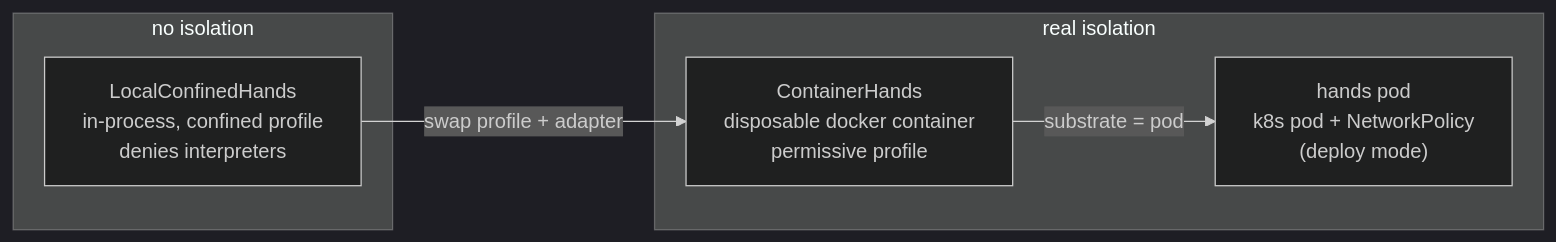
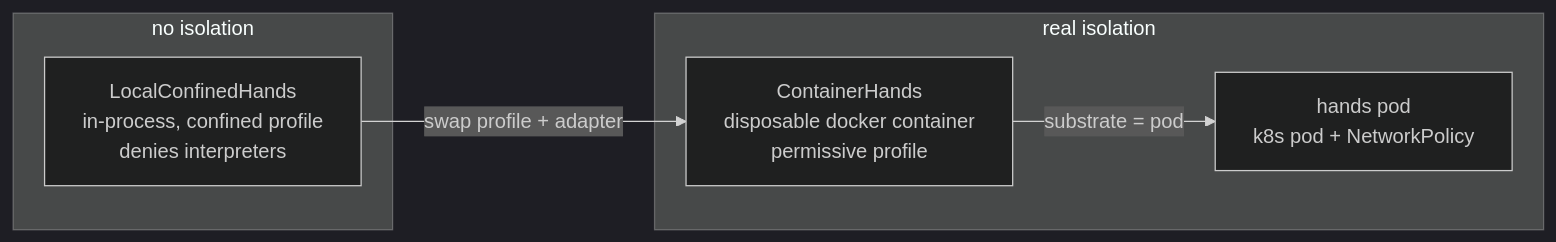
Before and after one commit to sigilmakes/hades: the first of 3 diagrams in spec/05-hands-and-tools.md, drawn with Mermaid (dark theme). The commit also changed other lines of this file and 7 other files, not shown here.

First line of the commit message:
docs: sync to the unified runtime — no mode, hands are pods

````diff
--- a/spec/05-hands-and-tools.md
+++ b/spec/05-hands-and-tools.md
@@ -8,12 +8,12 @@
 ```mermaid
 flowchart LR
     subgraph none["no isolation"]
         L["LocalConfinedHands<br/>in-process, confined profile<br/>denies interpreters"]
     end
     subgraph real["real isolation"]
         C["ContainerHands<br/>disposable docker container<br/>permissive profile"]
-        P["hands pod<br/>k8s pod + NetworkPolicy<br/>(deploy mode)"]
+        P["hands pod<br/>k8s pod + NetworkPolicy"]
     end
     L -->|swap profile + adapter| C
     C -->|substrate = pod| P
 ```
````
